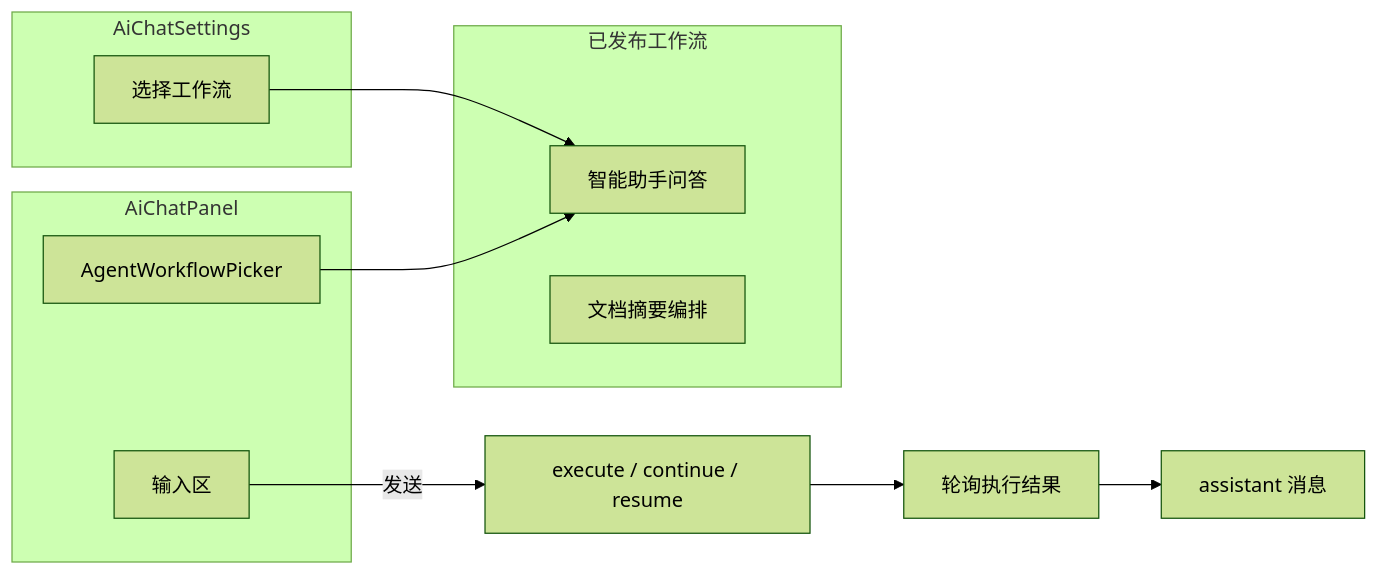
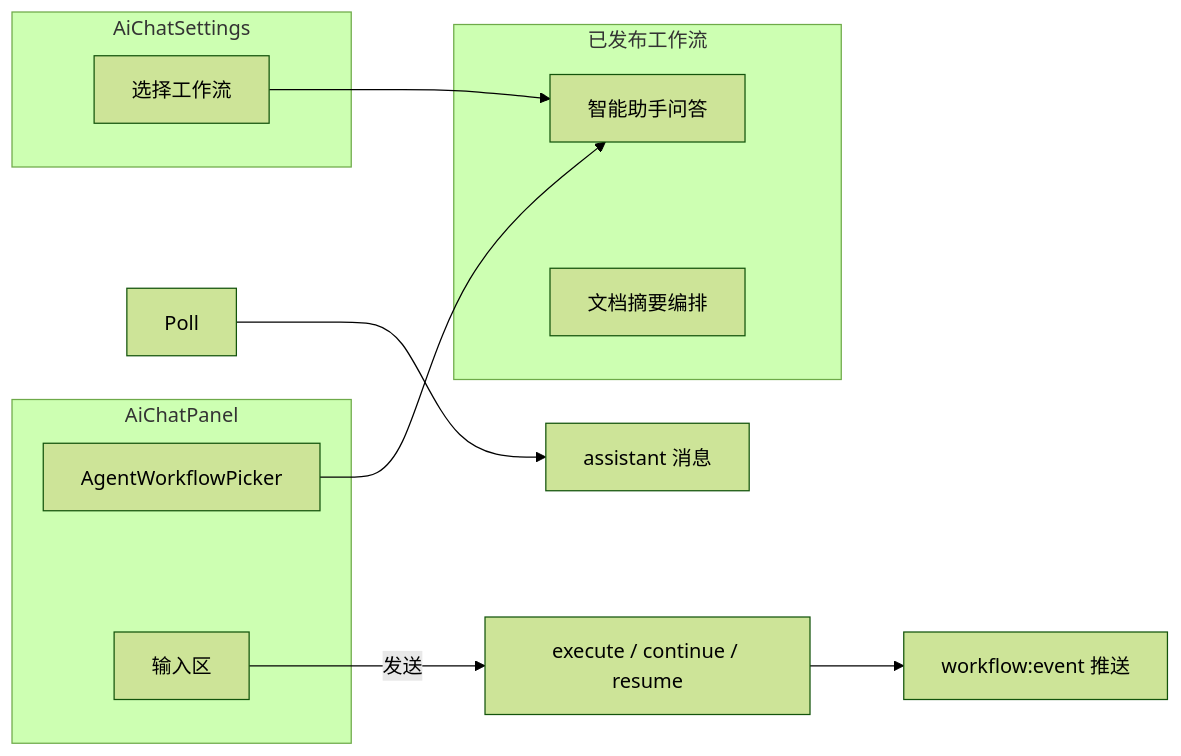
Before and after one commit to nan1010082085/ai-platform: the ninth of 10 diagrams in docs/design/workflows.md, drawn with Mermaid (forest theme). The commit also changed other lines of this file and 85 other files, not shown here.

````diff
--- a/docs/design/workflows.md
+++ b/docs/design/workflows.md
@@ -305,22 +297,22 @@
 ```mermaid
 flowchart LR
   subgraph chat [AiChatPanel]
     Picker["AgentWorkflowPicker"]
     Input["输入区"]
   end
 
   subgraph settings [AiChatSettings]
     WFSelect["选择工作流"]
   end
 
   subgraph published [已发布工作流]
     WF1["智能助手问答"]
     WF2["文档摘要编排"]
   end
 
   Picker --> WF1
   WFSelect --> WF1
   Input -->|发送| Exec["execute / continue / resume"]
-  Exec --> Poll["轮询执行结果"]
+  Exec --> WS["workflow:event 推送"]
   Poll --> Reply["assistant 消息"]
 ```
````
